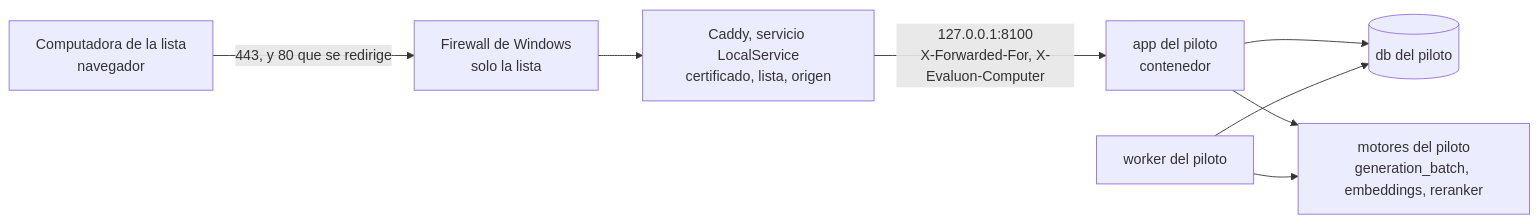
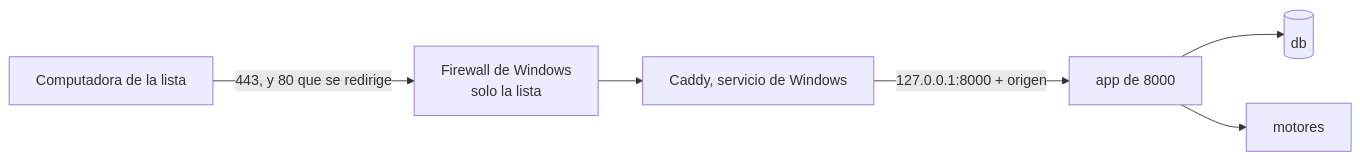
One commit to snavello/EVALUON changed the diagram in specs/007-acceso-por-red/plan.md. Above: the diagram before and after it, drawn with Mermaid. The commit also changed other lines of this file and 6 other files, not shown here.

````diff
--- a/specs/007-acceso-por-red/plan.md
+++ b/specs/007-acceso-por-red/plan.md
@@ -196,10 +115,8 @@
 ```mermaid
 flowchart LR
-  PC["Computadora de la lista<br/>navegador"] -->|"443, y 80 que se redirige"| FW["Firewall de Windows<br/>solo la lista"]
-  FW --> CA["Caddy, servicio LocalService<br/>certificado, lista, origen"]
-  CA -->|"127.0.0.1:8100<br/>X-Forwarded-For, X-Evaluon-Computer"| APP["app del piloto<br/>contenedor"]
-  APP --> DB[("db del piloto")]
-  APP --> IA["motores del piloto<br/>generation_batch, embeddings, reranker"]
-  WK["worker del piloto"] --> IA
-  WK --> DB
+  PC["Computadora de la lista"] -->|"443, y 80 que se redirige"| FW["Firewall de Windows<br/>solo la lista"]
+  FW --> CA["Caddy, servicio de Windows"]
+  CA -->|"127.0.0.1:8000 + origen"| APP["app de 8000"]
+  APP --> DB[("db")]
+  APP --> IA["motores"]
 ```
````
